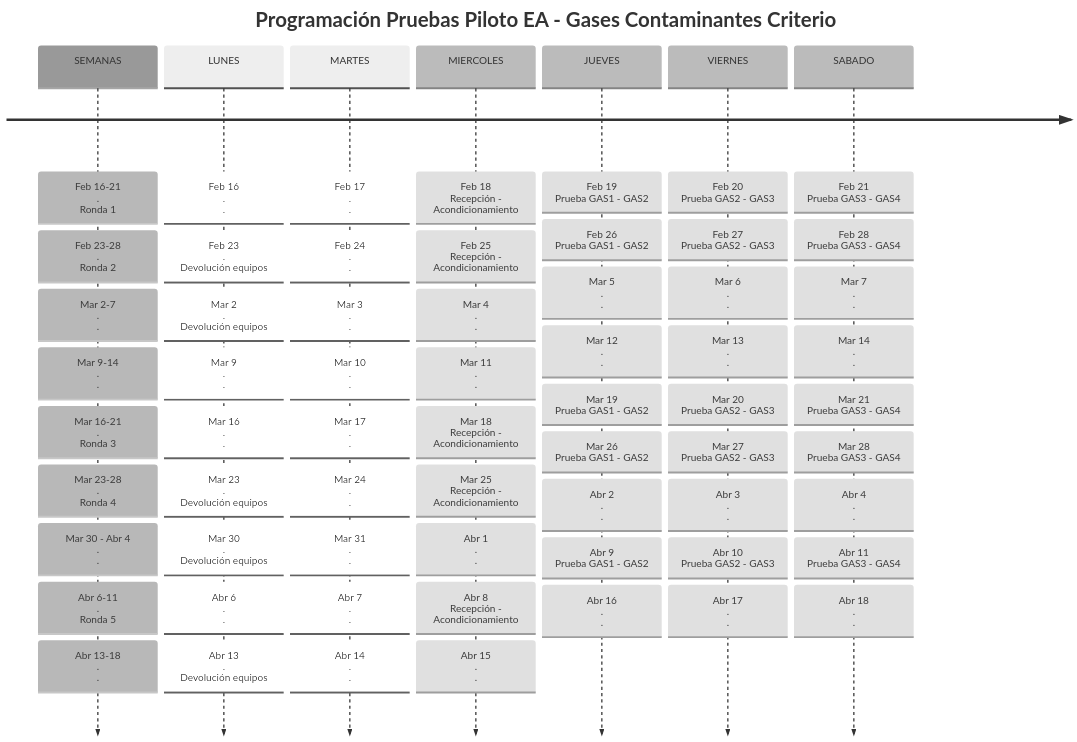
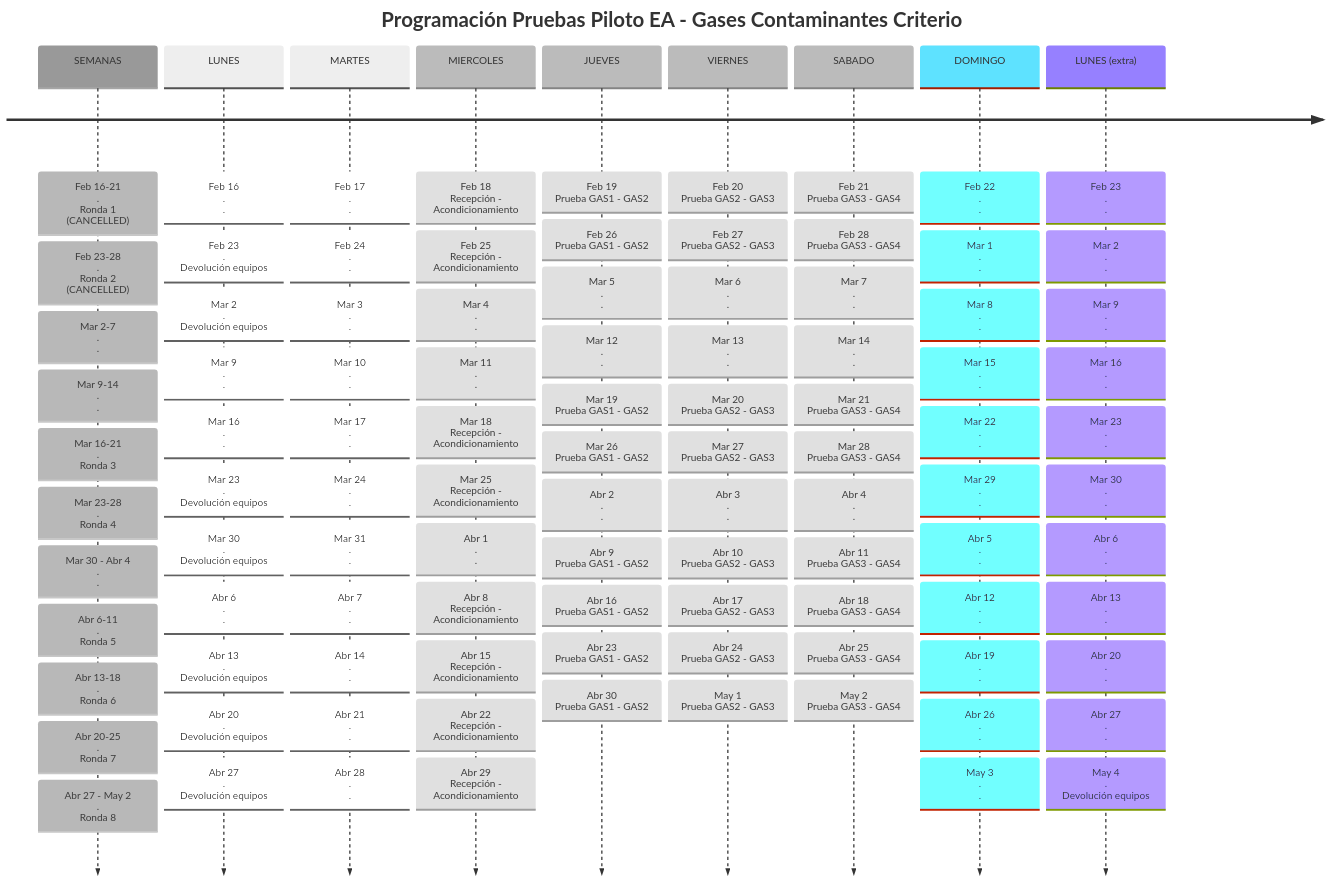
Before and after one commit to willl182/calaire-ea: the diagram in docs/timeline.md, drawn with Mermaid. The commit also changed 7 other files, not shown here.

First line of the commit message:
Fase 4: Actualizar diagramas Mermaid con nuevo cronograma

````diff
--- a/docs/timeline.md
+++ b/docs/timeline.md
@@ -2,15 +2,17 @@
 %%{init: {"theme": "base", "themeVariables": {"cScale0": "#999999", "cScale1": "#eeeeee", "cScale2": "#eeeeee", "cScale3": "#bbbbbb", "cScale4": "#bbbbbb", "cScale5": "#bbbbbb", "cScale6": "#bbbbbb"}}}%%
 timeline
     title Programación Pruebas Piloto EA - Gases Contaminantes Criterio
-    SEMANAS: Feb 16-21 <br>.<br> Ronda 1
-           :  Feb 23-28 <br>.<br> Ronda 2
+    SEMANAS: Feb 16-21 <br>.<br> Ronda 1 (CANCELLED)
+           :  Feb 23-28 <br>.<br> Ronda 2 (CANCELLED)
            :  Mar 2-7 <br>.<br> .
            :  Mar 9-14 <br>.<br> .
            :  Mar 16-21 <br>.<br> Ronda 3
            :  Mar 23-28 <br>.<br> Ronda 4
            :  Mar 30 - Abr 4 <br>.<br> .
            :  Abr 6-11 <br>.<br> Ronda 5
-           :  Abr 13-18 <br>.<br> .
+           :  Abr 13-18 <br>.<br> Ronda 6
+           :  Abr 20-25 <br>.<br> Ronda 7
+           :  Abr 27 - May 2 <br>.<br> Ronda 8
     LUNES : Feb 16 <br> .<br> .
            : Feb 23 <br> . <br>Devolución equipos
            : Mar 2 <br> . <br>Devolución equipos
@@ -20,6 +22,8 @@
            : Mar 30 <br> . <br>Devolución equipos
            : Abr 6 <br> .<br> .
            : Abr 13 <br> . <br>Devolución equipos
+           : Abr 20 <br> . <br>Devolución equipos
+           : Abr 27 <br> . <br>Devolución equipos
     MARTES : Feb 17 <br> .<br> .
            : Feb 24 <br> .<br> .
            : Mar 3 <br> .<br> .
@@ -29,6 +33,8 @@
            : Mar 31 <br> . <br> .
            : Abr 7 <br> . <br> .
            : Abr 14 <br> . <br> .
+           : Abr 21 <br> . <br> .
+           : Abr 28 <br> . <br> .
     MIERCOLES : Feb 18 <br> Recepción - Acondicionamiento
            : Feb 25 <br> Recepción - Acondicionamiento
            : Mar 4 <br> .<br> .
@@ -37,7 +43,9 @@
            : Mar 25 <br> Recepción - Acondicionamiento
            : Abr 1 <br> .<br> .
            : Abr 8 <br> Recepción - Acondicionamiento
-           : Abr 15 <br> .<br> .
+           : Abr 15 <br> Recepción - Acondicionamiento
+           : Abr 22 <br> Recepción - Acondicionamiento
+           : Abr 29 <br> Recepción - Acondicionamiento
     JUEVES : Feb 19 <br> Prueba GAS1 - GAS2
      : Feb 26 <br> Prueba GAS1 - GAS2
      : Mar 5 <br> .<br> .
@@ -46,7 +54,9 @@
      : Mar 26 <br> Prueba GAS1 - GAS2
      : Abr 2 <br> .<br> .
      : Abr 9 <br> Prueba GAS1 - GAS2
-     : Abr 16 <br> .<br> .
+     : Abr 16 <br> Prueba GAS1 - GAS2
+     : Abr 23 <br> Prueba GAS1 - GAS2
+     : Abr 30 <br> Prueba GAS1 - GAS2
     VIERNES : Feb 20 <br> Prueba GAS2 - GAS3
        : Feb 27 <br> Prueba GAS2 - GAS3
        : Mar 6 <br> .<br> .
@@ -55,7 +65,9 @@
        : Mar 27 <br> Prueba GAS2 - GAS3
        : Abr 3 <br> .<br> .
        : Abr 10 <br> Prueba GAS2 - GAS3
-       : Abr 17 <br> .<br> .
+       : Abr 17 <br> Prueba GAS2 - GAS3
+       : Abr 24 <br> Prueba GAS2 - GAS3
+       : May 1 <br> Prueba GAS2 - GAS3
     SABADO : Feb 21 <br> Prueba GAS3 - GAS4
      : Feb 28 <br> Prueba GAS3 - GAS4
      : Mar 7 <br> .<br> .
@@ -64,5 +76,29 @@
      : Mar 28 <br> Prueba GAS3 - GAS4
      : Abr 4 <br> .<br> .
      : Abr 11 <br> Prueba GAS3 - GAS4
-     : Abr 18 <br> .<br> .
+     : Abr 18 <br> Prueba GAS3 - GAS4
+     : Abr 25 <br> Prueba GAS3 - GAS4
+     : May 2 <br> Prueba GAS3 - GAS4
+    DOMINGO : Feb 22 <br> .<br> .
+     : Mar 1 <br> .<br> .
+     : Mar 8 <br> .<br> .
+     : Mar 15 <br> .<br> .
+     : Mar 22 <br> .<br> .
+     : Mar 29 <br> .<br> .
+     : Abr 5 <br> .<br> .
+     : Abr 12 <br> .<br> .
+     : Abr 19 <br> .<br> .
+     : Abr 26 <br> .<br> .
+     : May 3 <br> .<br> .
+    LUNES (extra) : Feb 23 <br> .<br> .
+     : Mar 2 <br> .<br> .
+     : Mar 9 <br> .<br> .
+     : Mar 16 <br> .<br> .
+     : Mar 23 <br> .<br> .
+     : Mar 30 <br> .<br> .
+     : Abr 6 <br> .<br> .
+     : Abr 13 <br> .<br> .
+     : Abr 20 <br> .<br> .
+     : Abr 27 <br> .<br> .
+     : May 4 <br> .<br> Devolución equipos
 ```
````
